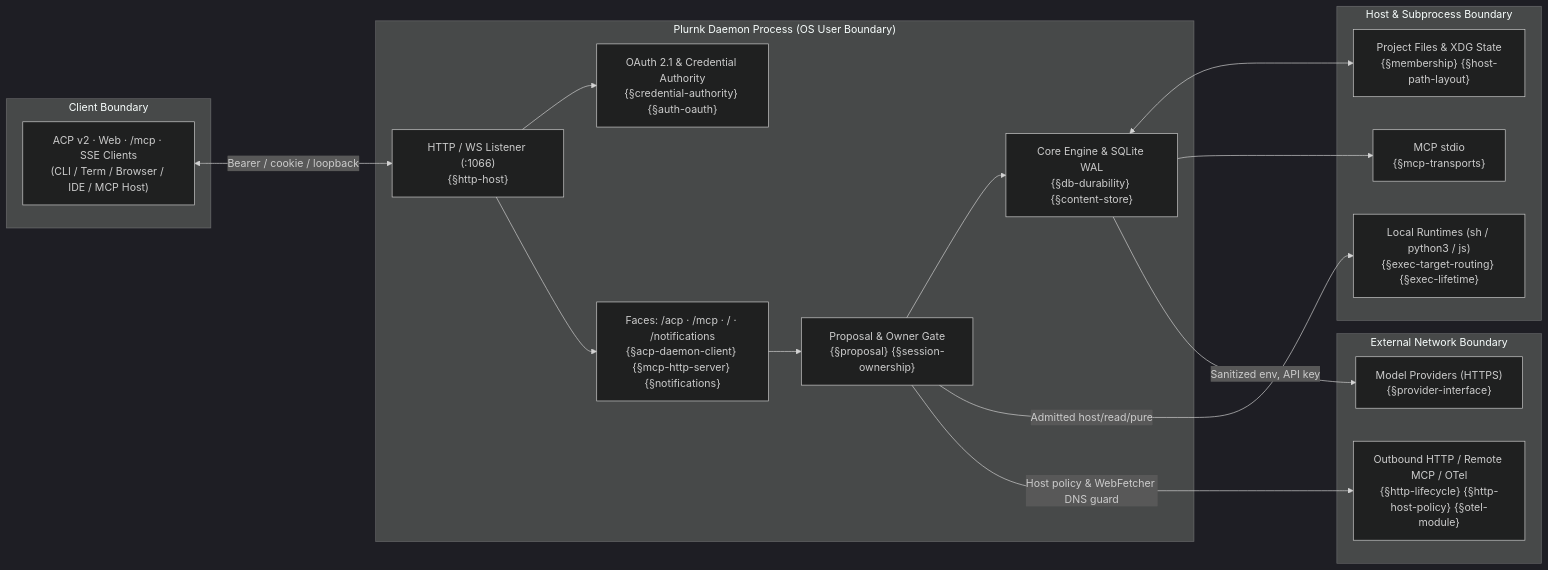
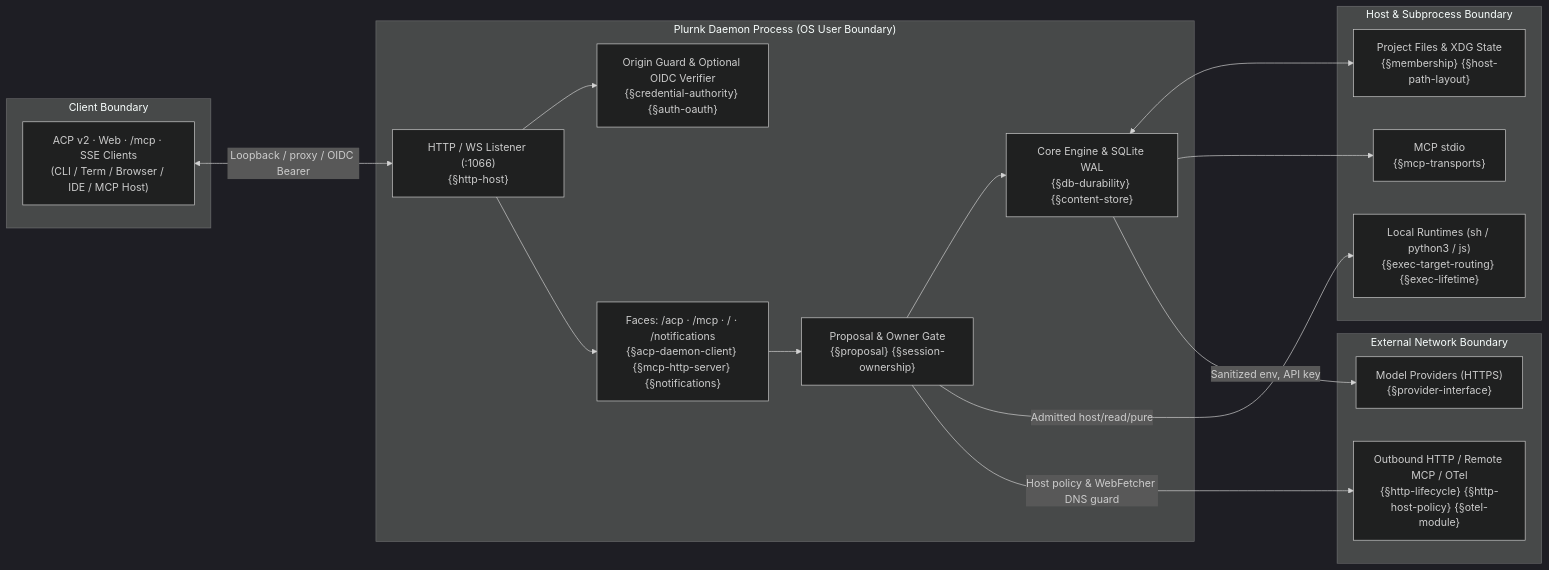
The diagram in ASSURANCE.md (plurnk/plurnk-service), drawn with Mermaid (dark theme) before and after one commit. The commit also changed other lines of this file and 99 other files, not shown here.

Commit message:
refactor(auth)!: default loopback to zero-password and adopt OIDC resource server (#1547)

````diff
--- a/ASSURANCE.md
+++ b/ASSURANCE.md
@@ -17,36 +17,36 @@
 ```mermaid
 flowchart LR
     subgraph ClientBoundary["Client Boundary"]
         Client["ACP v2 · Web · /mcp · SSE Clients<br/>(CLI / Term / Browser / IDE / MCP Host)"]
     end
 
     subgraph DaemonBoundary["Plurnk Daemon Process (OS User Boundary)"]
         Listener["HTTP / WS Listener (:1066)<br/>{§http-host}"]
-        Auth["OAuth 2.1 & Credential Authority<br/>{§credential-authority} {§auth-oauth}"]
+        Auth["Origin Guard & Optional OIDC Verifier<br/>{§credential-authority} {§auth-oauth}"]
         Faces["Faces: /acp · /mcp · / · /notifications<br/>{§acp-daemon-client} {§mcp-http-server} {§notifications}"]
         Coordinator["Proposal & Owner Gate<br/>{§proposal} {§session-ownership}"]
         Engine["Core Engine & SQLite WAL<br/>{§db-durability} {§content-store}"]
     end
 
     subgraph LocalHost["Host & Subprocess Boundary"]
         FS["Project Files & XDG State<br/>{§membership} {§host-path-layout}"]
         Exec["Local Runtimes (sh / python3 / js)<br/>{§exec-target-routing} {§exec-lifetime}"]
         MCPStdio["MCP stdio<br/>{§mcp-transports}"]
     end
 
     subgraph ExternalNetwork["External Network Boundary"]
         Providers["Model Providers (HTTPS)<br/>{§provider-interface}"]
         RemoteHTTP["Outbound HTTP / Remote MCP / OTel<br/>{§http-lifecycle} {§http-host-policy} {§otel-module}"]
     end
 
-    Client <-->|"Bearer / cookie / loopback"| Listener
+    Client <-->|"Loopback / proxy / OIDC Bearer"| Listener
     Listener --> Auth
     Listener --> Faces
     Faces --> Coordinator
     Coordinator --> Engine
     Engine <--> FS
     Coordinator -->|"Admitted host/read/pure"| Exec
     Engine --> MCPStdio
     Engine -->|"Sanitized env, API key"| Providers
     Coordinator -->|"Host policy & WebFetcher DNS guard"| RemoteHTTP
 ```
````
